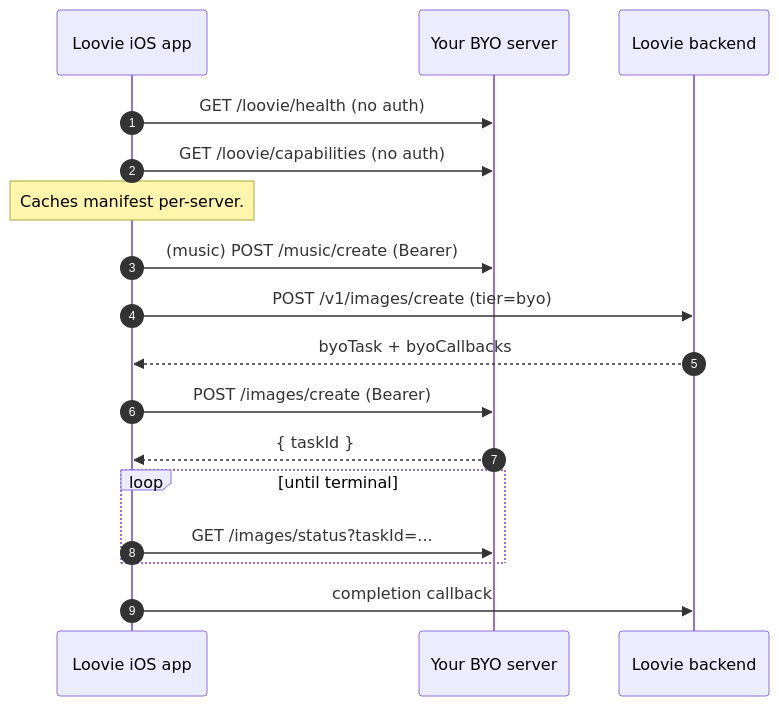
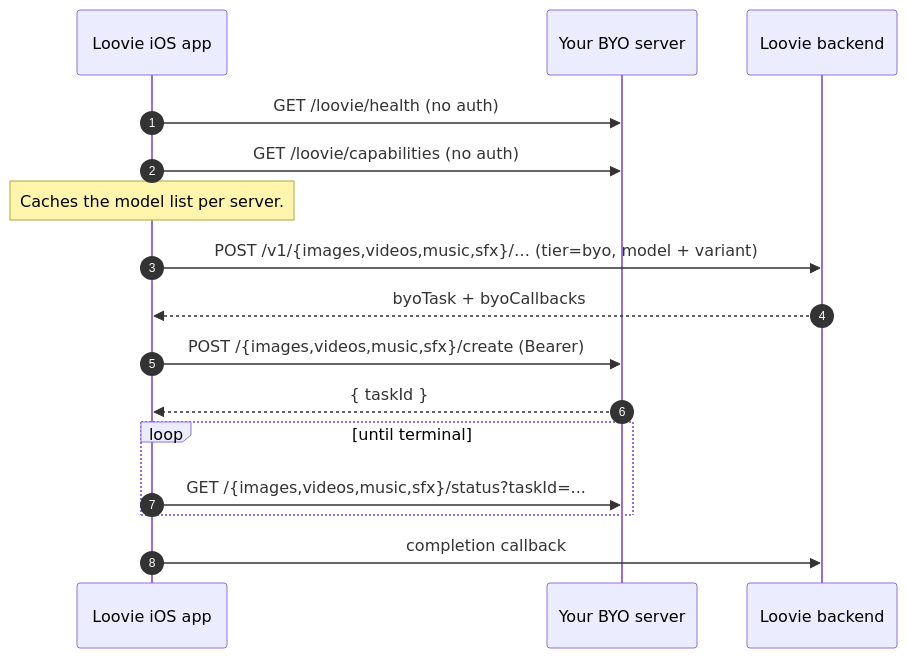
Before and after one commit to looviehq/loovie-community: the diagram in README.md, drawn with Mermaid. The commit also changed other lines of this file and 36 other files, not shown here.

First line of the commit message:
feat(comfyui-loovie): multi-model BYO contract and Stable Audio 3 SFX

````diff
--- a/README.md
+++ b/README.md
@@ -68,20 +128,19 @@
 ```mermaid
 sequenceDiagram
     autonumber
     participant App as Loovie iOS app
     participant Srv as Your BYO server
     participant API as Loovie backend
 
     App->>Srv: GET /loovie/health  (no auth)
     App->>Srv: GET /loovie/capabilities  (no auth)
-    Note over App: Caches manifest per-server.
-    App->>Srv: (music) POST /music/create (Bearer)
-    App->>API: POST /v1/images/create (tier=byo)
+    Note over App: Caches the model list per server.
+    App->>API: POST /v1/{images,videos,music,sfx}/… (tier=byo, model + variant)
     API-->>App: byoTask + byoCallbacks
-    App->>Srv: POST /images/create (Bearer)
+    App->>Srv: POST /{images,videos,music,sfx}/create (Bearer)
     Srv-->>App: { taskId }
     loop until terminal
-      App->>Srv: GET /images/status?taskId=...
+      App->>Srv: GET /{images,videos,music,sfx}/status?taskId=...
     end
     App->>API: completion callback
 ```
````
